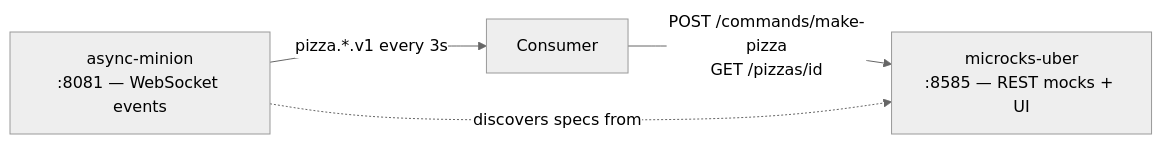
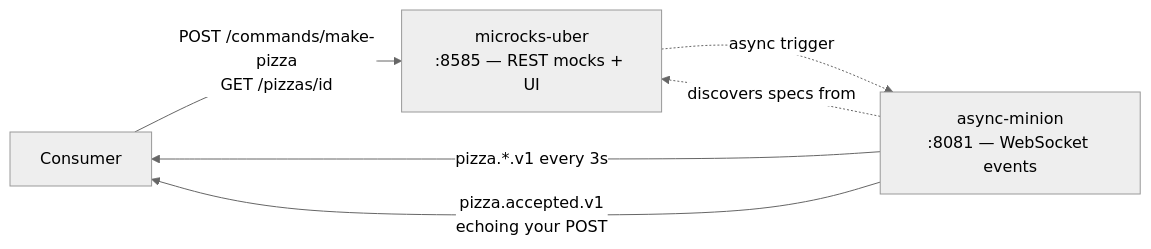
Before and after one commit to hungovercoders/pizza-pattern: the third of 3 diagrams in README.md, drawn with Mermaid (neutral theme). The commit also changed other lines of this file and 4 other files, not shown here.

First line of the commit message:
feat: publish contextualized accepted event on make-pizza via async trigger

````diff
--- a/README.md
+++ b/README.md
@@ -67,9 +67,11 @@
 ```mermaid
 flowchart LR
     C[Consumer]
     M["microcks-uber<br/>:8585 — REST mocks + UI"]
     A["async-minion<br/>:8081 — WebSocket events"]
     C -->|POST /commands/make-pizza<br/>GET /pizzas/id| M
     A -->|pizza.*.v1 every 3s| C
+    A -->|pizza.accepted.v1<br/>echoing your POST| C
+    M -.async trigger.-> A
     A -.discovers specs from.-> M
 ```
````
